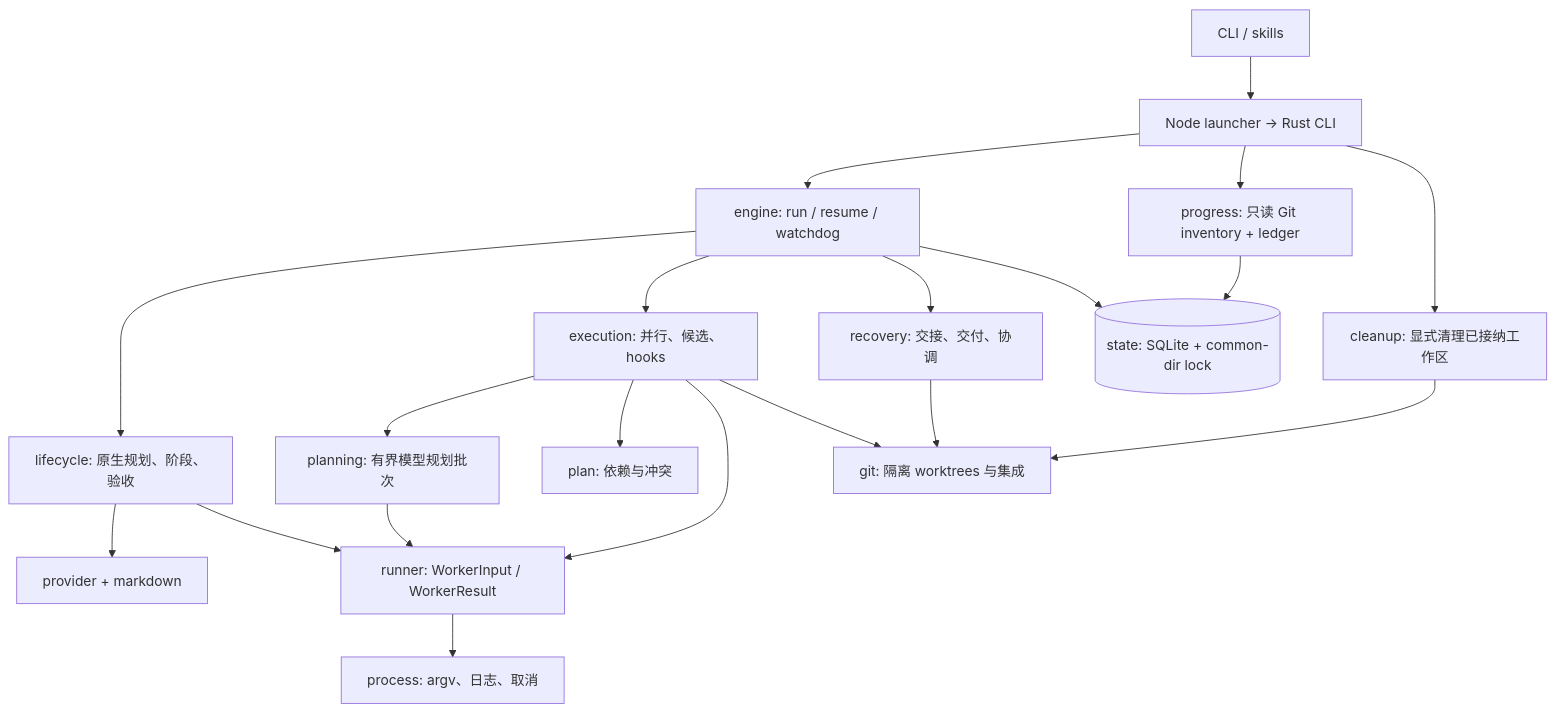
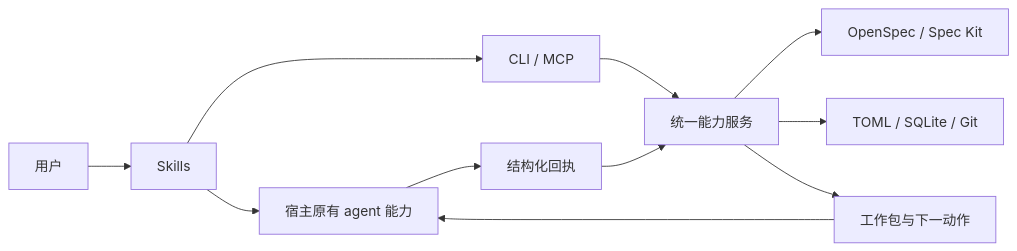
One commit to ZaneL1u/spec-autonomous changed the diagram in docs/architecture.md. Above: the diagram before and after it, drawn with Mermaid. The commit also changed other lines of this file and 79 other files, not shown here.

Commit message:
feat: expose host-driven SDD capabilities without agent launching

````diff
--- a/docs/architecture.md
+++ b/docs/architecture.md
@@ -9,22 +5,13 @@
 ```mermaid
-flowchart TD
-  Entry[CLI / skills] --> CLI[Node launcher → Rust CLI]
-  CLI --> Engine[engine: run / resume / watchdog]
-  Engine --> Lifecycle[lifecycle: 原生规划、阶段、验收]
-  Engine --> Execution[execution: 并行、候选、hooks]
-  Engine --> Recovery[recovery: 交接、交付、协调]
-  Lifecycle --> Provider[provider + markdown]
-  Execution --> Planning[planning: 有界模型规划批次]
-  Execution --> Plan[plan: 依赖与冲突]
-  Lifecycle --> Runner[runner: WorkerInput / WorkerResult]
-  Planning --> Runner
-  Execution --> Runner
-  Runner --> Process[process: argv、日志、取消]
-  Execution --> Git[git: 隔离 worktrees 与集成]
-  Recovery --> Git
-  Engine --> Store[(state: SQLite + common-dir lock)]
-  CLI --> Progress[progress: 只读 Git inventory + ledger]
-  Progress --> Store
-  CLI --> Cleanup[cleanup: 显式清理已接纳工作区]
-  Cleanup --> Git
+flowchart LR
+  User[用户] --> Skill[Skills]
+  Skill --> Host[宿主原有 agent 能力]
+  Skill --> Entry[CLI / MCP]
+  Entry --> Core[统一能力服务]
+  Core --> Native[OpenSpec / Spec Kit]
+  Core --> State[TOML / SQLite / Git]
+  Core --> Packet[工作包与下一动作]
+  Packet --> Host
+  Host --> Receipt[结构化回执]
+  Receipt --> Core
 ```
````
